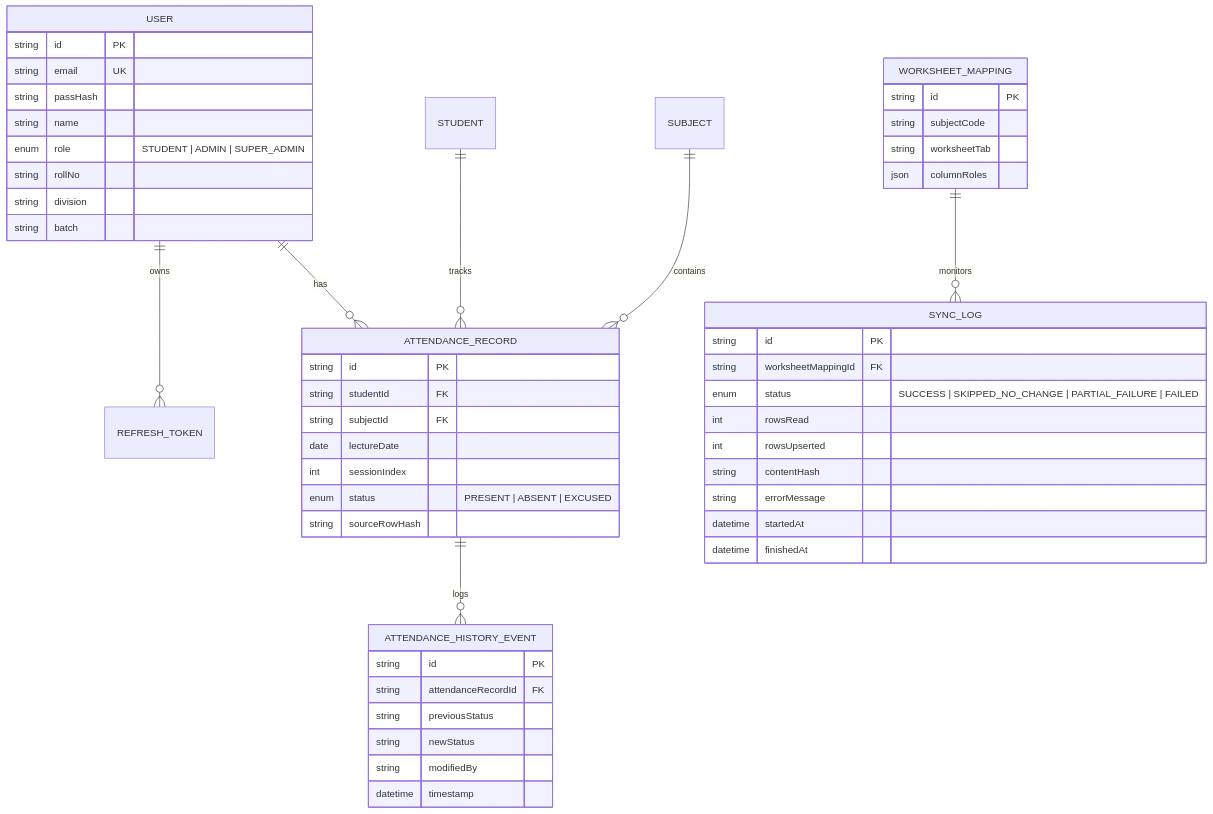
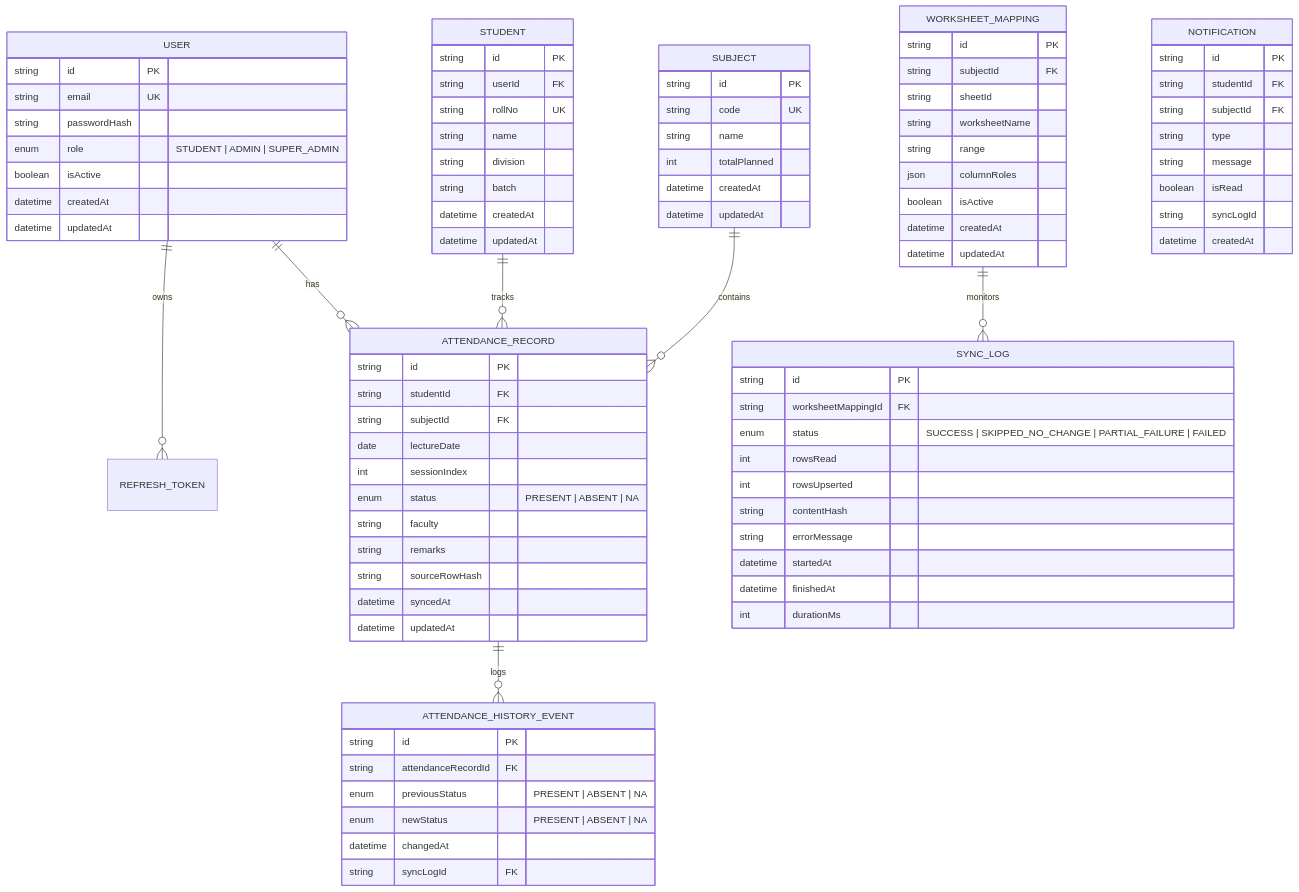
Before and after one commit to iykyk-vedant/Attandance-ERP-System-VESIT: the second of 2 diagrams in docs/architecture.md, drawn with Mermaid. The commit also changed other lines of this file and 111 other files, not shown here.

````diff
--- a/docs/architecture.md
+++ b/docs/architecture.md
@@ -43,12 +47,43 @@
     USER {
         string id PK
         string email UK
-        string passHash
+        string passwordHash
+        enum role "STUDENT | ADMIN | SUPER_ADMIN"
+        boolean isActive
+        datetime createdAt
+        datetime updatedAt
+    }
+
+    STUDENT {
+        string id PK
+        string userId FK
+        string rollNo UK
         string name
-        enum role "STUDENT | ADMIN | SUPER_ADMIN"
-        string rollNo
         string division
         string batch
+        datetime createdAt
+        datetime updatedAt
+    }
+
+    SUBJECT {
+        string id PK
+        string code UK
+        string name
+        int totalPlanned
+        datetime createdAt
+        datetime updatedAt
+    }
+
+    WORKSHEET_MAPPING {
+        string id PK
+        string subjectId FK
+        string sheetId
+        string worksheetName
+        string range
+        json columnRoles
+        boolean isActive
+        datetime createdAt
+        datetime updatedAt
     }
 
     ATTENDANCE_RECORD {
@@ -57,24 +92,32 @@
         string subjectId FK
         date lectureDate
         int sessionIndex
-        enum status "PRESENT | ABSENT | EXCUSED"
+        enum status "PRESENT | ABSENT | NA"
+        string faculty
+        string remarks
         string sourceRowHash
+        datetime syncedAt
+        datetime updatedAt
     }
 
     ATTENDANCE_HISTORY_EVENT {
         string id PK
         string attendanceRecordId FK
-        string previousStatus
-        string newStatus
-        string modifiedBy
-        datetime timestamp
+        enum previousStatus "PRESENT | ABSENT | NA"
+        enum newStatus "PRESENT | ABSENT | NA"
+        datetime changedAt
+        string syncLogId FK
     }
 
-    WORKSHEET_MAPPING {
+    NOTIFICATION {
         string id PK
-        string subjectCode
-        string worksheetTab
-        json columnRoles
+        string studentId FK
+        string subjectId FK
+        string type
+        string message
+        boolean isRead
+        string syncLogId
+        datetime createdAt
     }
 
     SYNC_LOG {
@@ -87,5 +130,6 @@
         string errorMessage
         datetime startedAt
         datetime finishedAt
+        int durationMs
     }
 ```
````
